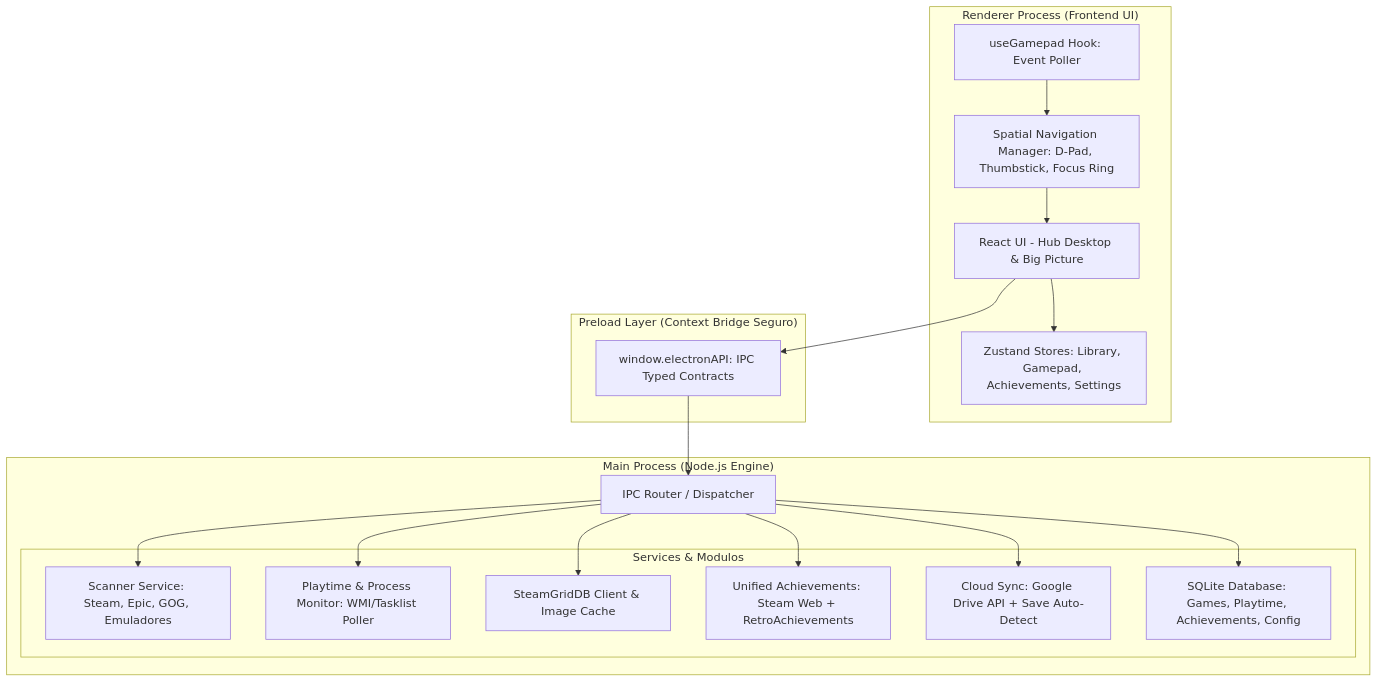
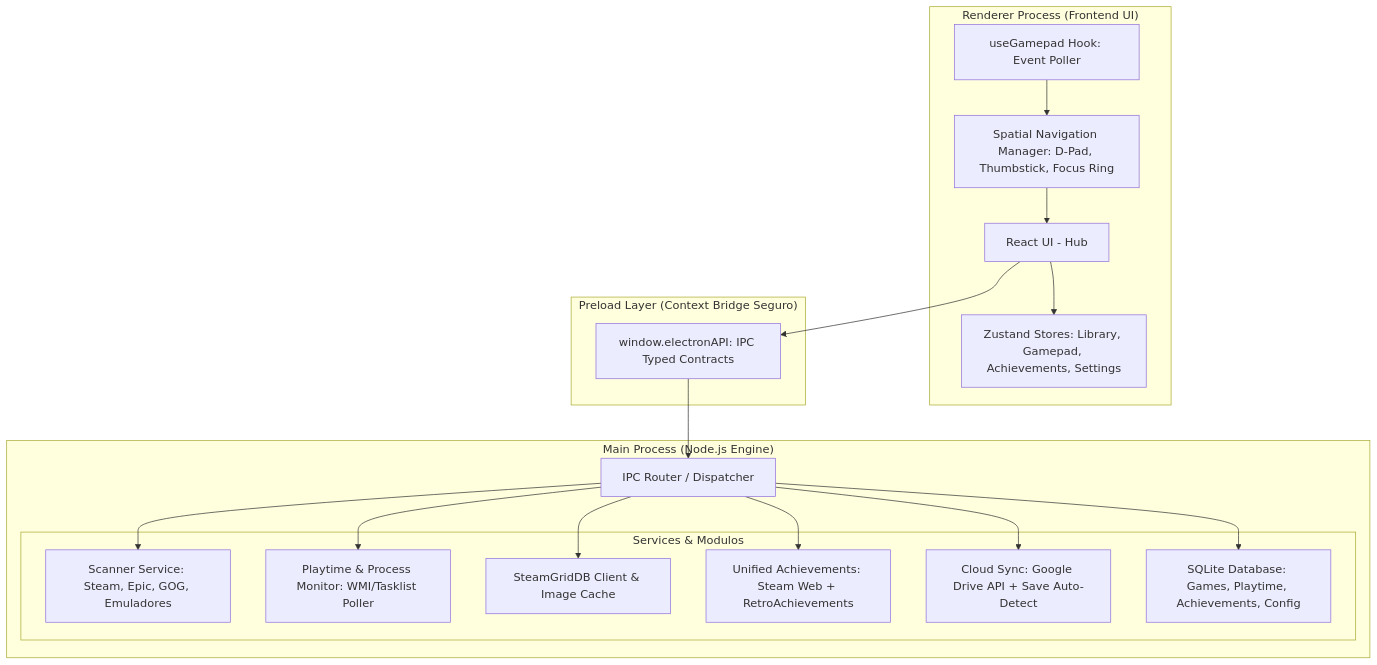
Before and after one commit to yungloof/Lazulium: the diagram in ARCHITECTURE.md, drawn with Mermaid. The commit also changed other lines of this file and 7 other files, not shown here.

First line of the commit message:
refactor: remove o modo Big Picture

````diff
--- a/ARCHITECTURE.md
+++ b/ARCHITECTURE.md
@@ -27,40 +27,40 @@
 ```mermaid
 graph TD
     subgraph "Renderer Process (Frontend UI)"
-        UI[React UI - Hub Desktop & Big Picture]
+        UI[React UI - Hub]
         Zustand[Zustand Stores: Library, Gamepad, Achievements, Settings]
         SpatialNav[Spatial Navigation Manager: D-Pad, Thumbstick, Focus Ring]
         GamepadHook[useGamepad Hook: Event Poller]
         
         UI --> Zustand
         SpatialNav --> UI
         GamepadHook --> SpatialNav
     end
 
     subgraph "Preload Layer (Context Bridge Seguro)"
         Bridge[window.electronAPI: IPC Typed Contracts]
     end
 
     subgraph "Main Process (Node.js Engine)"
         IPCDispatcher[IPC Router / Dispatcher]
         
         subgraph "Services & Modulos"
             ScannerService[Scanner Service: Steam, Epic, GOG, Emuladores]
             ProcessTracker[Playtime & Process Monitor: WMI/Tasklist Poller]
             MetadataService[SteamGridDB Client & Image Cache]
             AchievementsService[Unified Achievements: Steam Web + RetroAchievements]
             CloudSyncService[Cloud Sync: Google Drive API + Save Auto-Detect]
             DatabaseService[SQLite Database: Games, Playtime, Achievements, Config]
         end
         
         IPCDispatcher --> ScannerService
         IPCDispatcher --> ProcessTracker
         IPCDispatcher --> MetadataService
         IPCDispatcher --> AchievementsService
         IPCDispatcher --> CloudSyncService
         IPCDispatcher --> DatabaseService
     end
 
     UI --> Bridge
     Bridge --> IPCDispatcher
 ```
````
